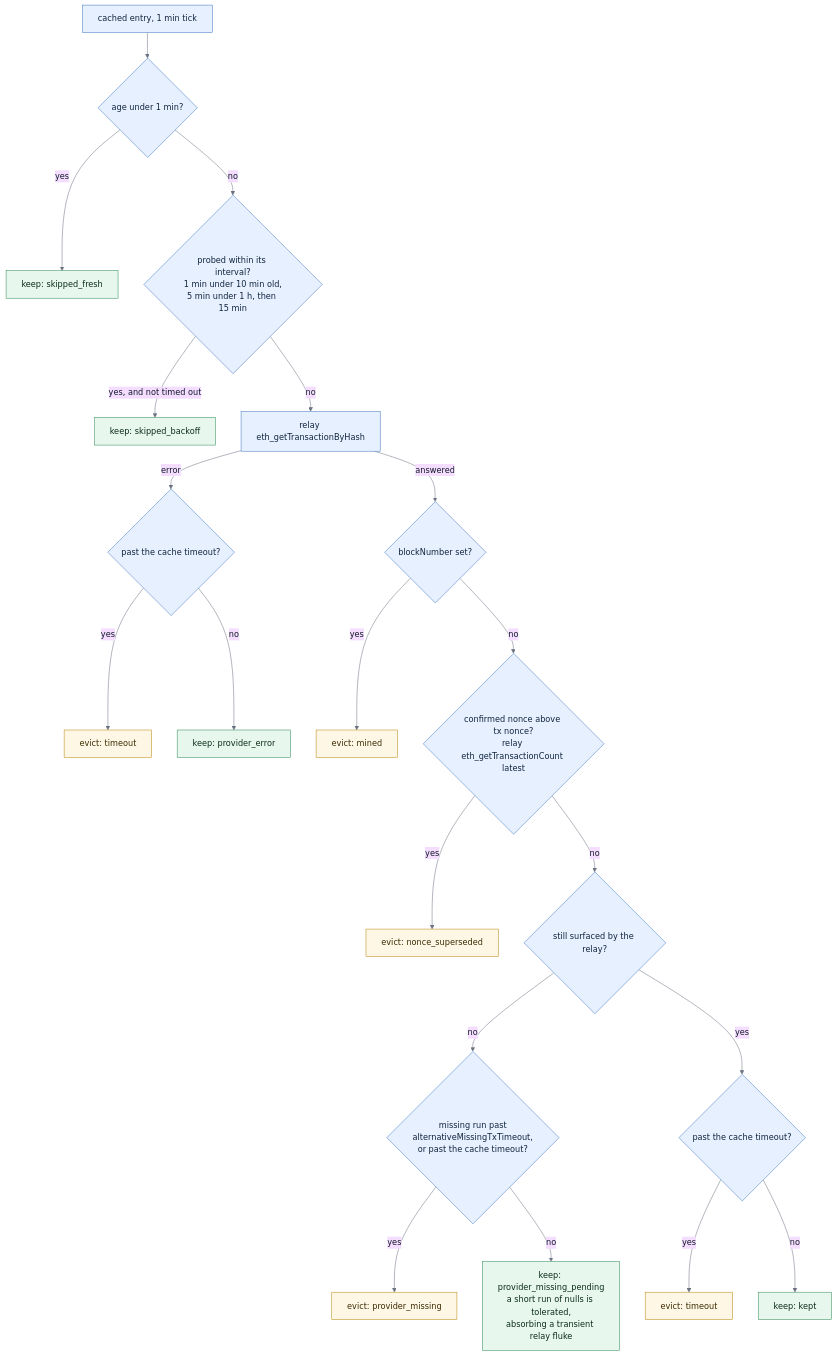
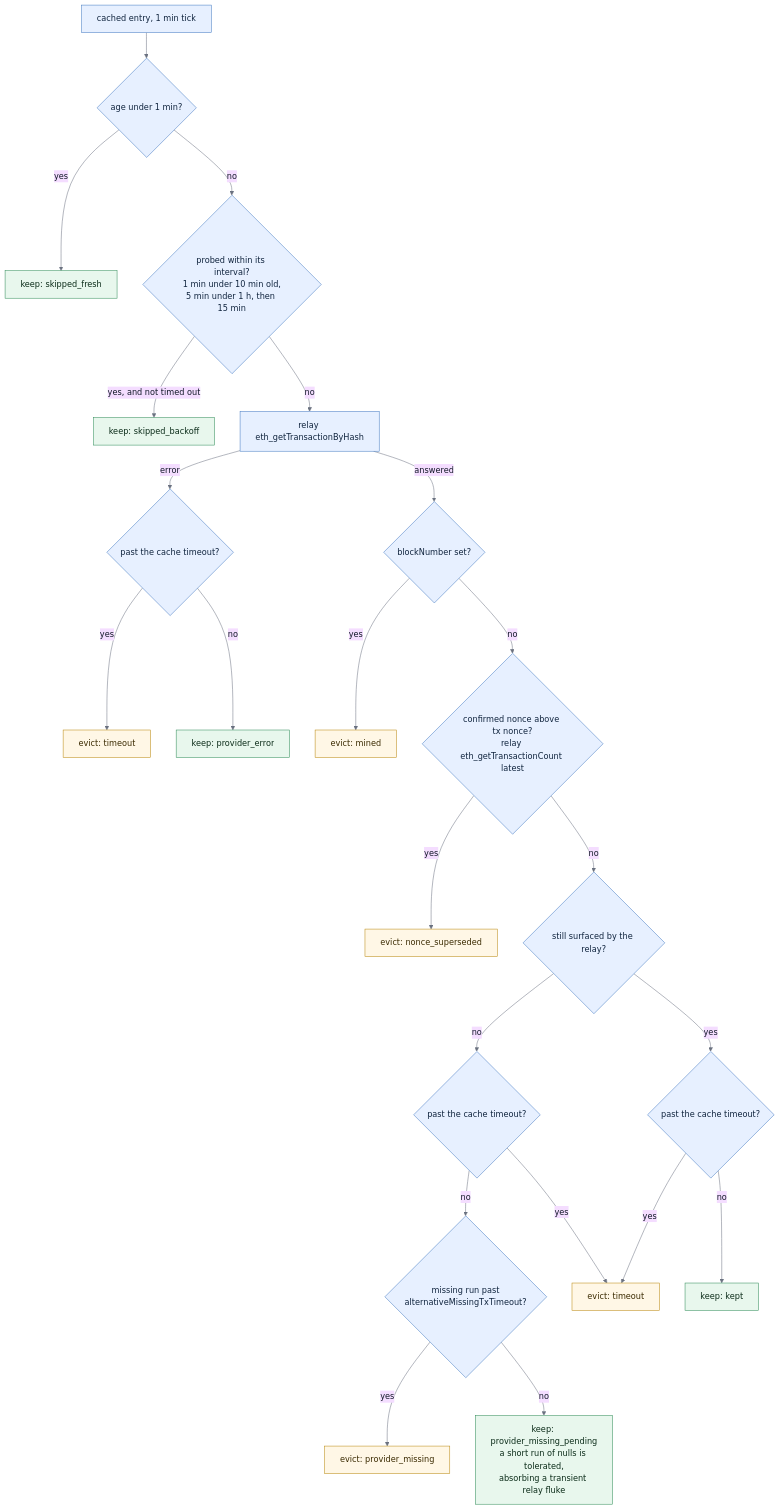
The second of 3 diagrams in docs/evm-send-mempools.md (trezor/blockbook), drawn with Mermaid before and after one commit. The commit also changed 6 other files, not shown here.

````diff
--- a/docs/evm-send-mempools.md
+++ b/docs/evm-send-mempools.md
@@ -109,51 +109,54 @@
 ```mermaid
 %%{init: {"theme": "base", "themeVariables": {"lineColor": "#6b7280", "primaryTextColor": "#111827"}}}%%
 flowchart TD
     e["cached entry, 1 min tick"]
     f{"age under 1 min?"}
     keepFresh["keep: skipped_fresh"]
     b{"probed within its interval?<br/>1 min under 10 min old,<br/>5 min under 1 h, then 15 min"}
     keepBackoff["keep: skipped_backoff"]
     q["relay eth_getTransactionByHash"]
     qerr{"past the cache timeout?"}
     evTo["evict: timeout"]
     keepErr["keep: provider_error"]
     m{"blockNumber set?"}
     evMined["evict: mined"]
     s{"confirmed nonce above tx nonce?<br/>relay eth_getTransactionCount latest"}
     evSup["evict: nonce_superseded"]
     k{"still surfaced by the relay?"}
-    kto{"missing run past<br/>alternativeMissingTxTimeout,<br/>or past the cache timeout?"}
+    nto{"past the cache timeout?"}
+    kto{"missing run past<br/>alternativeMissingTxTimeout?"}
     evMiss["evict: provider_missing"]
     keepMiss["keep: provider_missing_pending<br/>a short run of nulls is tolerated,<br/>absorbing a transient relay fluke"]
     yto{"past the cache timeout?"}
     evTo2["evict: timeout"]
     keepK["keep: kept"]
 
     e --> f
     f -- "yes" --> keepFresh
     f -- "no" --> b
     b -- "yes, and not timed out" --> keepBackoff
     b -- "no" --> q
     q -- "error" --> qerr
     qerr -- "yes" --> evTo
     qerr -- "no" --> keepErr
     q -- "answered" --> m
     m -- "yes" --> evMined
     m -- "no" --> s
     s -- "yes" --> evSup
     s -- "no" --> k
-    k -- "no" --> kto
+    k -- "no" --> nto
+    nto -- "yes" --> evTo2
+    nto -- "no" --> kto
     kto -- "yes" --> evMiss
     kto -- "no" --> keepMiss
     k -- "yes" --> yto
     yto -- "yes" --> evTo2
     yto -- "no" --> keepK
 
     classDef step fill:#e7f0ff,stroke:#4078c0,color:#10243e;
     classDef keep fill:#e8f7ed,stroke:#2e8b57,color:#0b2c19;
     classDef evict fill:#fff7e6,stroke:#b8860b,color:#3a2a00;
-    class e,f,b,q,qerr,m,s,k,kto,yto step;
+    class e,f,b,q,qerr,m,s,k,nto,kto,yto step;
     class keepFresh,keepBackoff,keepErr,keepMiss,keepK keep;
     class evTo,evTo2,evMined,evSup,evMiss evict;
 ```
````
